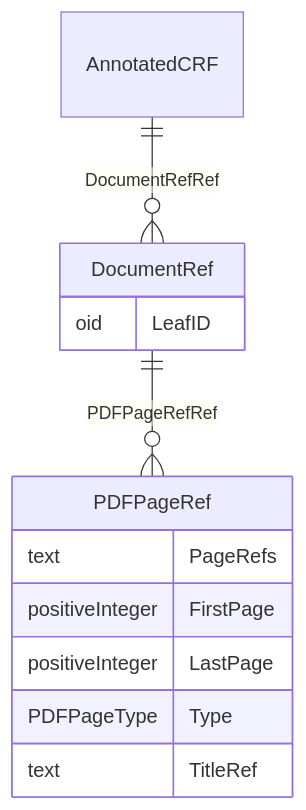
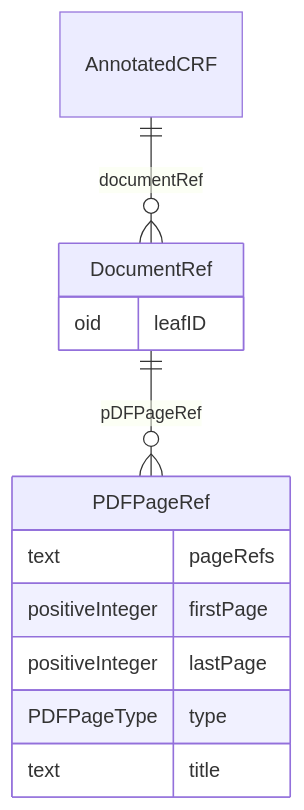
Before and after one commit to cdisc-org/DataExchange-ODM-LinkML: the diagram in docs/AnnotatedCRF.md, drawn with Mermaid. The commit also changed other lines of this file and 759 other files, not shown here.

````diff
--- a/docs/AnnotatedCRF.md
+++ b/docs/AnnotatedCRF.md
@@ -11,20 +11,20 @@
 ```mermaid
 erDiagram
 AnnotatedCRF {
 
 }
 DocumentRef {
-    oid LeafID  
+    oid leafID  
 }
 PDFPageRef {
-    text PageRefs  
-    positiveInteger FirstPage  
-    positiveInteger LastPage  
-    PDFPageType Type  
-    text TitleRef  
+    text pageRefs  
+    positiveInteger firstPage  
+    positiveInteger lastPage  
+    PDFPageType type  
+    text title  
 }
 
-AnnotatedCRF ||--}o DocumentRef : "DocumentRefRef"
-DocumentRef ||--}o PDFPageRef : "PDFPageRefRef"
+AnnotatedCRF ||--}o DocumentRef : "documentRef"
+DocumentRef ||--}o PDFPageRef : "pDFPageRef"
 
 ```
````
